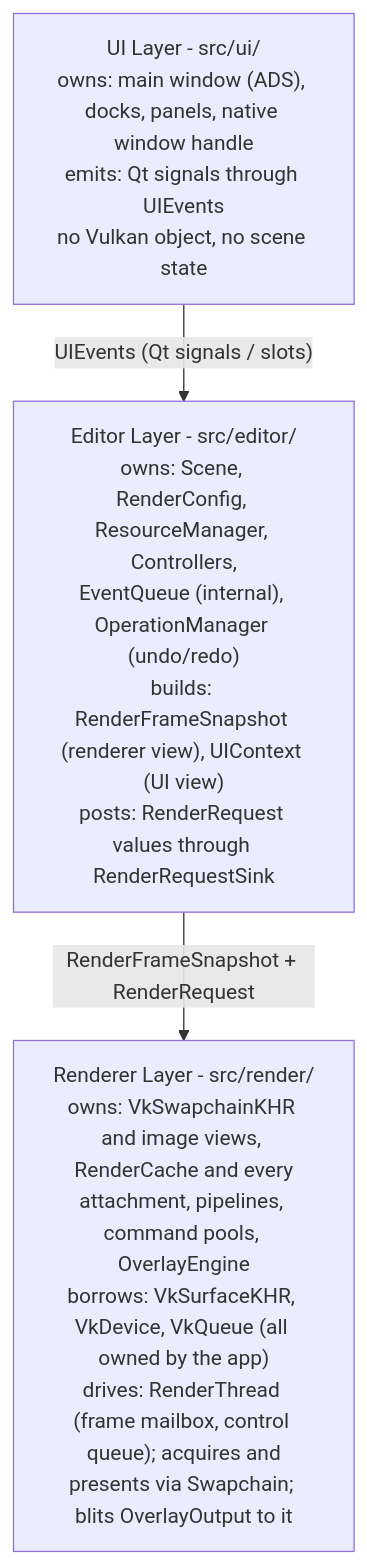
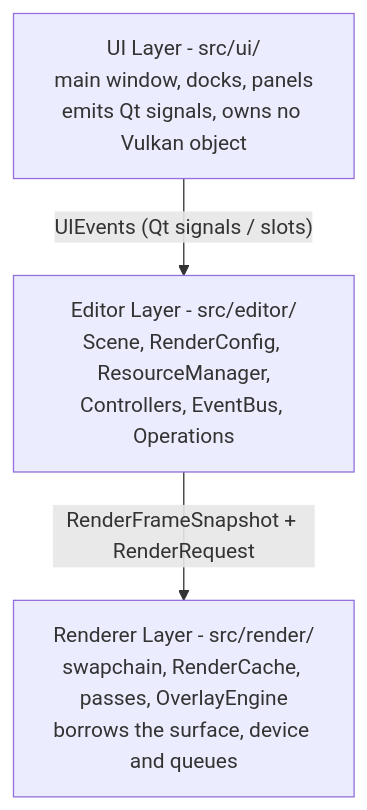
Before and after one commit to XDzZyq/Neurus: the first of 4 diagrams in docs/architecture/overview.md, drawn with Mermaid. The commit also changed other lines of this file and 9 other files, not shown here.

First line of the commit message:
docs(diagrams): drop the figure caption and trim node labels

````diff
--- a/docs/architecture/overview.md
+++ b/docs/architecture/overview.md
@@ -23,9 +23,9 @@
 ```mermaid
 flowchart TD
-    ui["UI Layer - src/ui/<br/>owns: main window (ADS), docks, panels, native window handle<br/>emits: Qt signals through UIEvents<br/>no Vulkan object, no scene state"]
-    editor["Editor Layer - src/editor/<br/>owns: Scene, RenderConfig, ResourceManager, Controllers,<br/>EventQueue (internal), OperationManager (undo/redo)<br/>builds: RenderFrameSnapshot (renderer view), UIContext (UI view)<br/>posts: RenderRequest values through RenderRequestSink"]
-    renderer["Renderer Layer - src/render/<br/>owns: VkSwapchainKHR and image views, RenderCache and every<br/>attachment, pipelines, command pools, OverlayEngine<br/>borrows: VkSurfaceKHR, VkDevice, VkQueue (all owned by the app)<br/>drives: RenderThread (frame mailbox, control queue); acquires and<br/>presents via Swapchain; blits OverlayOutput to it"]
+    ui["UI Layer - src/ui/<br/>main window, docks, panels<br/>emits Qt signals, owns no Vulkan object"]
+    editor["Editor Layer - src/editor/<br/>Scene, RenderConfig, ResourceManager,<br/>Controllers, EventBus, Operations"]
+    renderer["Renderer Layer - src/render/<br/>swapchain, RenderCache, passes, OverlayEngine<br/>borrows the surface, device and queues"]
 
     ui -->|"UIEvents (Qt signals / slots)"| editor
     editor -->|"RenderFrameSnapshot + RenderRequest"| renderer
 ```
````
